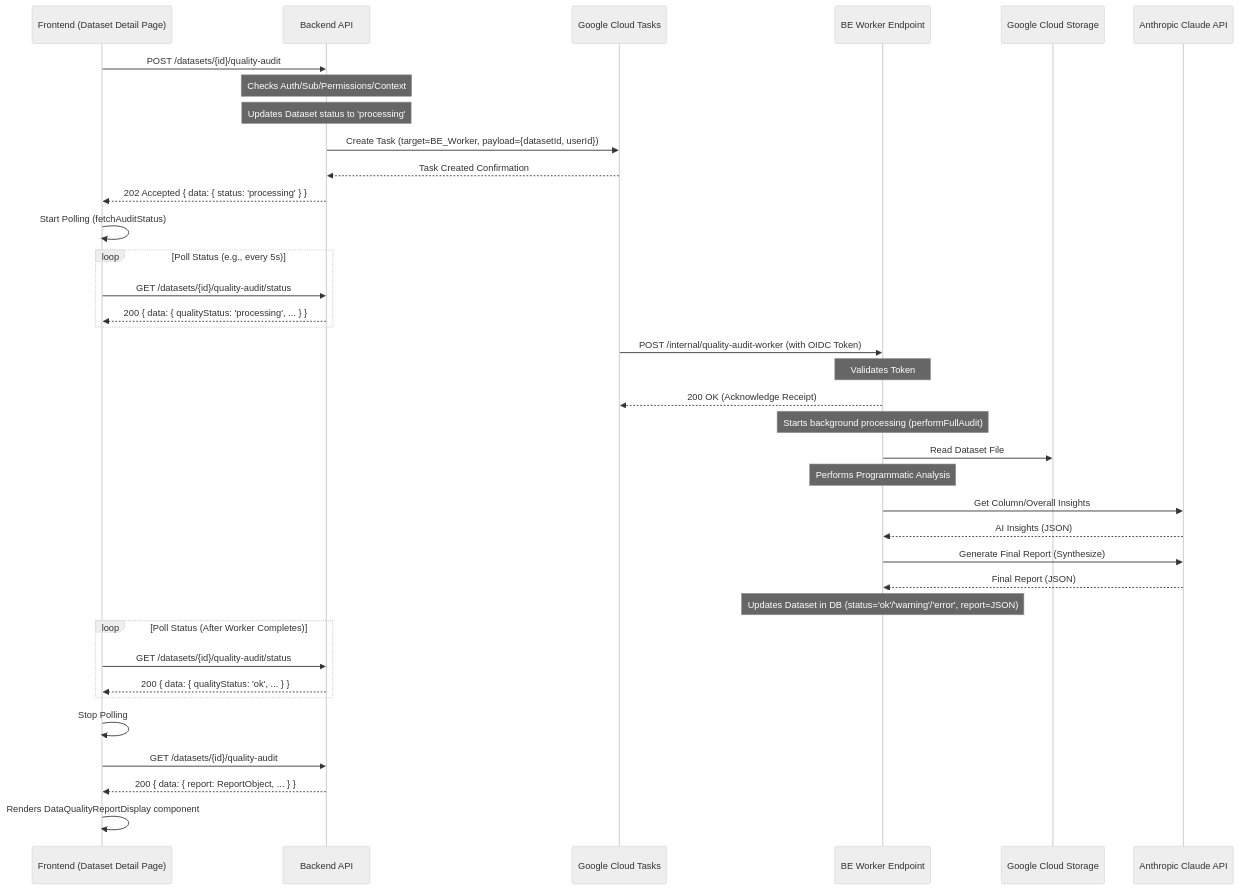
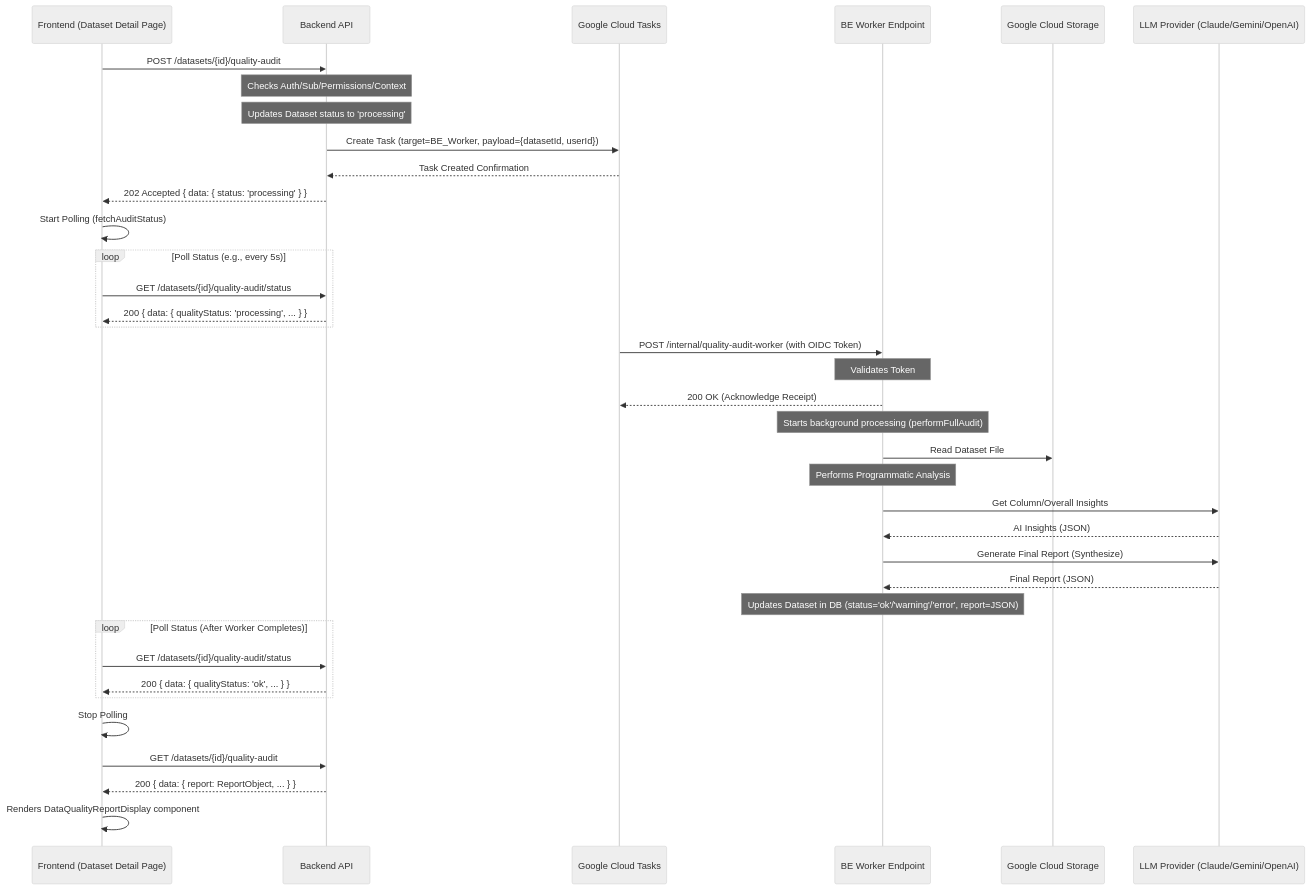
One commit to alexgavrilyuk/Neuroledger changed the sixth of 6 diagrams in ARCHITECTURE.md. Above: the diagram before and after it, drawn with Mermaid (neutral theme). The commit also changed other lines of this file and 2 other files, not shown here.

````diff
--- a/ARCHITECTURE.md
+++ b/ARCHITECTURE.md
@@ -283,43 +322,43 @@
 ```mermaid
 sequenceDiagram
     participant FE as Frontend (Dataset Detail Page)
     participant BE_API as Backend API
     participant CloudTask as Google Cloud Tasks
     participant BE_Worker as BE Worker Endpoint
     participant GCS as Google Cloud Storage
-    participant Claude as Anthropic Claude API
+    participant LLM as LLM Provider (Claude/Gemini/OpenAI)
 
     FE->>BE_API: POST /datasets/{id}/quality-audit
     Note over BE_API: Checks Auth/Sub/Permissions/Context
     Note over BE_API: Updates Dataset status to 'processing'
     BE_API->>CloudTask: Create Task (target=BE_Worker, payload={datasetId, userId})
     CloudTask-->>BE_API: Task Created Confirmation
     BE_API-->>FE: 202 Accepted { data: { status: 'processing' } }
     FE->>FE: Start Polling (fetchAuditStatus)
 
     loop Poll Status (e.g., every 5s)
         FE->>BE_API: GET /datasets/{id}/quality-audit/status
         BE_API-->>FE: 200 { data: { qualityStatus: 'processing', ... } }
     end
 
     CloudTask->>BE_Worker: POST /internal/quality-audit-worker (with OIDC Token)
     Note over BE_Worker: Validates Token
     BE_Worker-->>CloudTask: 200 OK (Acknowledge Receipt)
     Note over BE_Worker: Starts background processing (performFullAudit)
     BE_Worker->>GCS: Read Dataset File
     Note over BE_Worker: Performs Programmatic Analysis
-    BE_Worker->>Claude: Get Column/Overall Insights
-    Claude-->>BE_Worker: AI Insights (JSON)
-    BE_Worker->>Claude: Generate Final Report (Synthesize)
-    Claude-->>BE_Worker: Final Report (JSON)
+    BE_Worker->>LLM: Get Column/Overall Insights
+    LLM-->>BE_Worker: AI Insights (JSON)
+    BE_Worker->>LLM: Generate Final Report (Synthesize)
+    LLM-->>BE_Worker: Final Report (JSON)
     Note over BE_Worker: Updates Dataset in DB (status='ok'/'warning'/'error', report=JSON)
 
     loop Poll Status (After Worker Completes)
         FE->>BE_API: GET /datasets/{id}/quality-audit/status
         BE_API-->>FE: 200 { data: { qualityStatus: 'ok', ... } }
     end
     FE->>FE: Stop Polling
     FE->>BE_API: GET /datasets/{id}/quality-audit
     BE_API-->>FE: 200 { data: { report: ReportObject, ... } }
     FE->>FE: Renders DataQualityReportDisplay component
 ```
````
